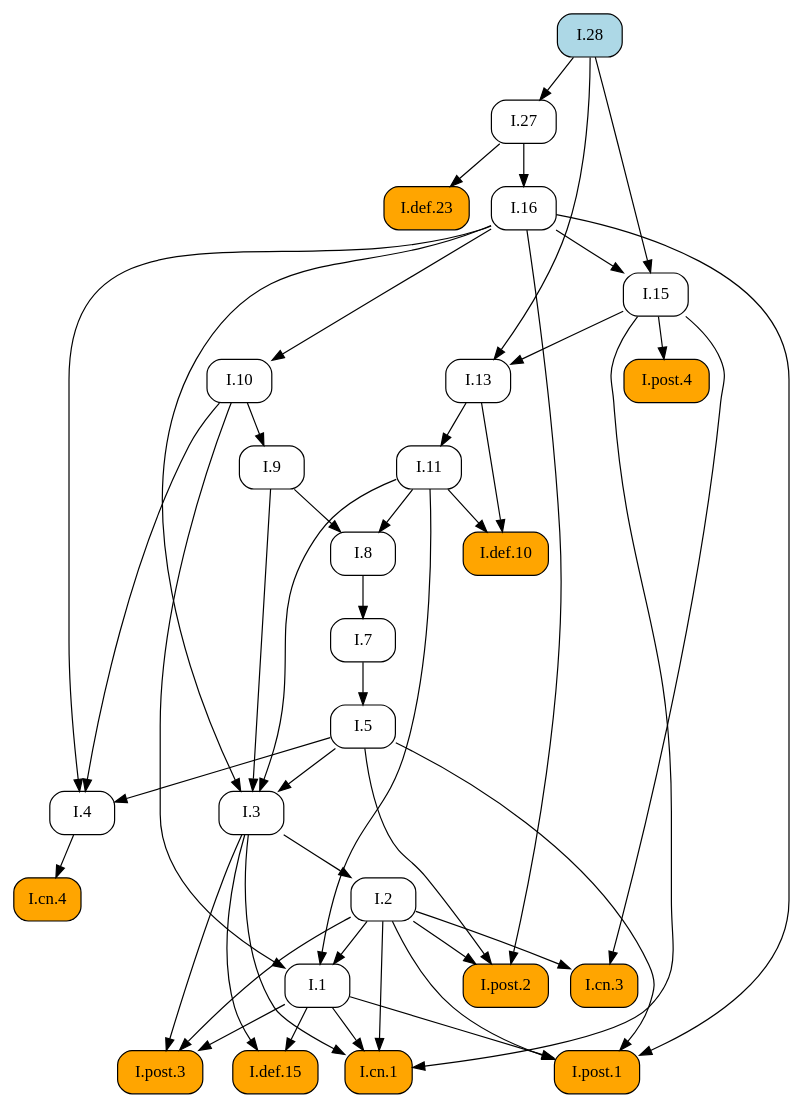
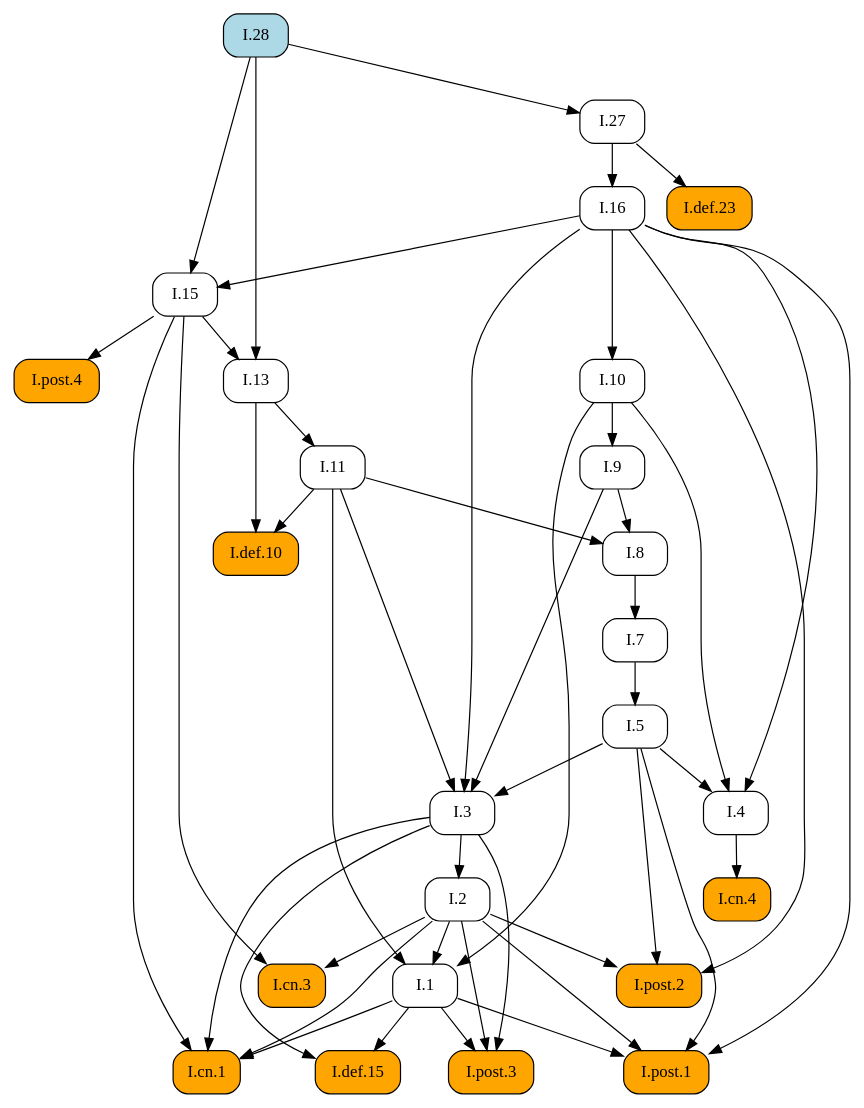
One commit to geometor/elements changed the diagram in docsrc/heath/I/28/index.rst. Above: the diagram before and after it, drawn with Graphviz. The commit also changed other lines of this file and 484 other files, not shown here.

```diff
--- a/docsrc/heath/I/28/index.rst
+++ b/docsrc/heath/I/28/index.rst
@@ -41,78 +41,78 @@
 .. graphviz::
 
    digraph {
      rankdir="TB";
      node [shape=box, style=rounded];
+     "I.9" [URL="/heath/I/9/", target="_top"];
+     "I.cn.1" [style="rounded,filled", fillcolor=orange, URL="/heath/I/cn.1/", target="_top"];
+     "I.7" [URL="/heath/I/7/", target="_top"];
+     "I.2" [URL="/heath/I/2/", target="_top"];
+     "I.def.15" [style="rounded,filled", fillcolor=orange, URL="/heath/I/def.15/", target="_top"];
+     "I.13" [URL="/heath/I/13/", target="_top"];
+     "I.post.4" [style="rounded,filled", fillcolor=orange, URL="/heath/I/post.4/", target="_top"];
+     "I.4" [URL="/heath/I/4/", target="_top"];
+     "I.1" [URL="/heath/I/1/", target="_top"];
+     "I.post.3" [style="rounded,filled", fillcolor=orange, URL="/heath/I/post.3/", target="_top"];
+     "I.post.1" [style="rounded,filled", fillcolor=orange, URL="/heath/I/post.1/", target="_top"];
+     "I.5" [URL="/heath/I/5/", target="_top"];
+     "I.8" [URL="/heath/I/8/", target="_top"];
+     "I.cn.3" [style="rounded,filled", fillcolor=orange, URL="/heath/I/cn.3/", target="_top"];
+     "I.16" [URL="/heath/I/16/", target="_top"];
      "I.def.10" [style="rounded,filled", fillcolor=orange, URL="/heath/I/def.10/", target="_top"];
+     "I.15" [URL="/heath/I/15/", target="_top"];
+     "I.10" [URL="/heath/I/10/", target="_top"];
      "I.11" [URL="/heath/I/11/", target="_top"];
-     "I.post.4" [style="rounded,filled", fillcolor=orange, URL="/heath/I/post.4/", target="_top"];
-     "I.1" [URL="/heath/I/1/", target="_top"];
+     "I.def.23" [style="rounded,filled", fillcolor=orange, URL="/heath/I/def.23/", target="_top"];
      "I.27" [URL="/heath/I/27/", target="_top"];
      "I.28" [style="rounded,filled", fillcolor=lightblue, URL="/heath/I/28/", target="_top"];
-     "I.7" [URL="/heath/I/7/", target="_top"];
+     "I.cn.4" [style="rounded,filled", fillcolor=orange, URL="/heath/I/cn.4/", target="_top"];
+     "I.post.2" [style="rounded,filled", fillcolor=orange, URL="/heath/I/post.2/", target="_top"];
      "I.3" [URL="/heath/I/3/", target="_top"];
-     "I.2" [URL="/heath/I/2/", target="_top"];
-     "I.def.23" [style="rounded,filled", fillcolor=orange, URL="/heath/I/def.23/", target="_top"];
-     "I.4" [URL="/heath/I/4/", target="_top"];
-     "I.13" [URL="/heath/I/13/", target="_top"];
-     "I.post.2" [style="rounded,filled", fillcolor=orange, URL="/heath/I/post.2/", target="_top"];
-     "I.16" [URL="/heath/I/16/", target="_top"];
-     "I.def.15" [style="rounded,filled", fillcolor=orange, URL="/heath/I/def.15/", target="_top"];
-     "I.9" [URL="/heath/I/9/", target="_top"];
-     "I.post.3" [style="rounded,filled", fillcolor=orange, URL="/heath/I/post.3/", target="_top"];
-     "I.cn.1" [style="rounded,filled", fillcolor=orange, URL="/heath/I/cn.1/", target="_top"];
-     "I.cn.3" [style="rounded,filled", fillcolor=orange, URL="/heath/I/cn.3/", target="_top"];
-     "I.8" [URL="/heath/I/8/", target="_top"];
-     "I.cn.4" [style="rounded,filled", fillcolor=orange, URL="/heath/I/cn.4/", target="_top"];
-     "I.15" [URL="/heath/I/15/", target="_top"];
-     "I.post.1" [style="rounded,filled", fillcolor=orange, URL="/heath/I/post.1/", target="_top"];
-     "I.10" [URL="/heath/I/10/", target="_top"];
-     "I.5" [URL="/heath/I/5/", target="_top"];
-     "I.11" -> "I.def.10";
-     "I.13" -> "I.def.10";
-     "I.13" -> "I.11";
+     "I.10" -> "I.9";
+     "I.1" -> "I.cn.1";
+     "I.2" -> "I.cn.1";
+     "I.3" -> "I.cn.1";
+     "I.15" -> "I.cn.1";
+     "I.8" -> "I.7";
+     "I.3" -> "I.2";
+     "I.1" -> "I.def.15";
+     "I.3" -> "I.def.15";
+     "I.15" -> "I.13";
+     "I.28" -> "I.13";
      "I.15" -> "I.post.4";
+     "I.5" -> "I.4";
+     "I.10" -> "I.4";
+     "I.16" -> "I.4";
      "I.2" -> "I.1";
      "I.10" -> "I.1";
      "I.11" -> "I.1";
+     "I.1" -> "I.post.3";
+     "I.2" -> "I.post.3";
+     "I.3" -> "I.post.3";
+     "I.1" -> "I.post.1";
+     "I.2" -> "I.post.1";
+     "I.5" -> "I.post.1";
+     "I.16" -> "I.post.1";
+     "I.7" -> "I.5";
+     "I.9" -> "I.8";
+     "I.11" -> "I.8";
+     "I.2" -> "I.cn.3";
+     "I.15" -> "I.cn.3";
+     "I.27" -> "I.16";
+     "I.11" -> "I.def.10";
+     "I.13" -> "I.def.10";
+     "I.16" -> "I.15";
+     "I.28" -> "I.15";
+     "I.16" -> "I.10";
+     "I.13" -> "I.11";
+     "I.27" -> "I.def.23";
      "I.28" -> "I.27";
-     "I.8" -> "I.7";
+     "I.4" -> "I.cn.4";
+     "I.2" -> "I.post.2";
+     "I.5" -> "I.post.2";
+     "I.16" -> "I.post.2";
      "I.5" -> "I.3";
      "I.9" -> "I.3";
      "I.11" -> "I.3";
      "I.16" -> "I.3";
-     "I.3" -> "I.2";
-     "I.27" -> "I.def.23";
-     "I.5" -> "I.4";
-     "I.10" -> "I.4";
-     "I.16" -> "I.4";
-     "I.15" -> "I.13";
-     "I.28" -> "I.13";
-     "I.2" -> "I.post.2";
-     "I.5" -> "I.post.2";
-     "I.16" -> "I.post.2";
-     "I.27" -> "I.16";
-     "I.1" -> "I.def.15";
-     "I.3" -> "I.def.15";
-     "I.10" -> "I.9";
-     "I.1" -> "I.post.3";
-     "I.2" -> "I.post.3";
-     "I.3" -> "I.post.3";
-     "I.1" -> "I.cn.1";
-     "I.2" -> "I.cn.1";
-     "I.3" -> "I.cn.1";
-     "I.15" -> "I.cn.1";
-     "I.2" -> "I.cn.3";
-     "I.15" -> "I.cn.3";
-     "I.9" -> "I.8";
-     "I.11" -> "I.8";
-     "I.4" -> "I.cn.4";
-     "I.16" -> "I.15";
-     "I.28" -> "I.15";
-     "I.1" -> "I.post.1";
-     "I.2" -> "I.post.1";
-     "I.5" -> "I.post.1";
-     "I.16" -> "I.post.1";
-     "I.16" -> "I.10";
-     "I.7" -> "I.5";
    }
```
